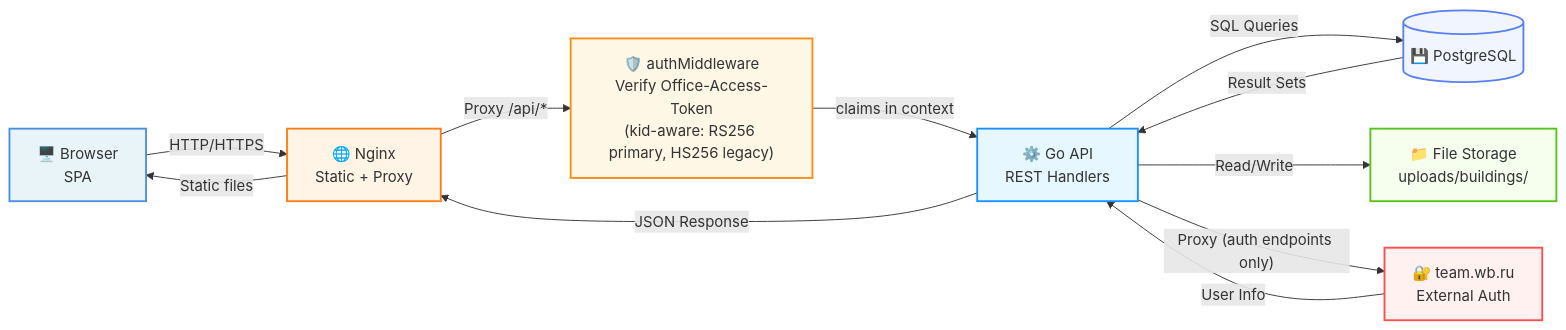
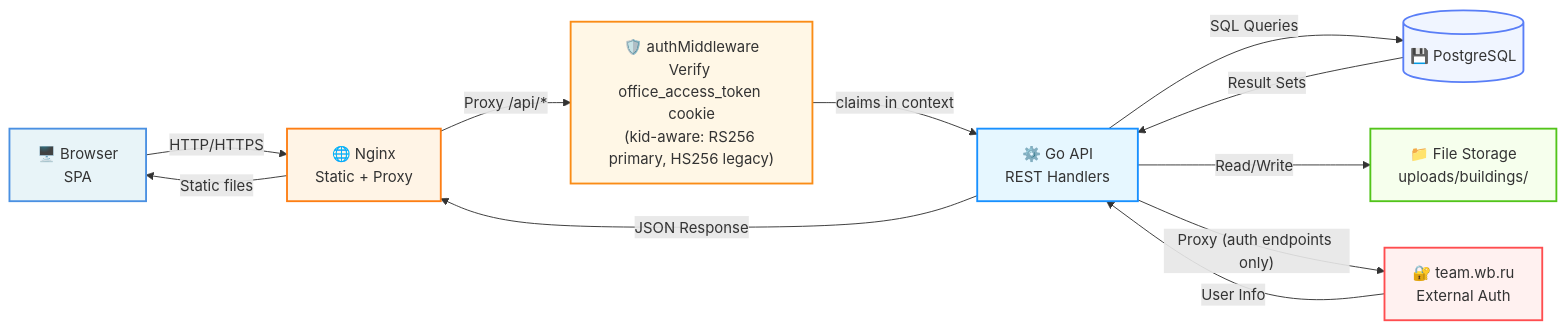
Before and after one commit to radiantbald/office-management: the second of 9 diagrams in DATA_FLOW_DIAGRAM.md, drawn with Mermaid. The commit also changed other lines of this file and 17 other files, not shown here.

````diff
--- a/DATA_FLOW_DIAGRAM.md
+++ b/DATA_FLOW_DIAGRAM.md
@@ -25,29 +25,29 @@
 ```mermaid
 graph LR
     Browser["🖥️ Browser\nSPA"]
     Nginx["🌐 Nginx\nStatic + Proxy"]
-    MW["🛡️ authMiddleware\nVerify Office-Access-Token\n(kid-aware: RS256 primary, HS256 legacy)"]
+    MW["🛡️ authMiddleware\nVerify office_access_token cookie\n(kid-aware: RS256 primary, HS256 legacy)"]
     API["⚙️ Go API\nREST Handlers"]
     DB[("💾 PostgreSQL")]
     FS["📁 File Storage\nuploads/buildings/"]
     WB["🔐 team.wb.ru\nExternal Auth"]
 
     Browser -- "HTTP/HTTPS" --> Nginx
     Nginx -- "Static files" --> Browser
     Nginx -- "Proxy /api/*" --> MW
     MW -- "claims in context" --> API
     API -- "JSON Response" --> Nginx
     API -- "SQL Queries" --> DB
     DB -- "Result Sets" --> API
     API -- "Read/Write" --> FS
     API -- "Proxy (auth endpoints only)" --> WB
     WB -- "User Info" --> API
 
     style Browser fill:#E8F4F8,stroke:#4A90E2,stroke-width:2px
     style Nginx fill:#FFF4E6,stroke:#FD7E14,stroke-width:2px
     style MW fill:#FFF7E6,stroke:#FA8C16,stroke-width:2px
     style API fill:#E6F7FF,stroke:#1890FF,stroke-width:2px
     style DB fill:#F0F5FF,stroke:#597EF7,stroke-width:2px
     style FS fill:#F6FFED,stroke:#52C41A,stroke-width:2px
     style WB fill:#FFF1F0,stroke:#FF4D4F,stroke-width:2px
 ```
````
